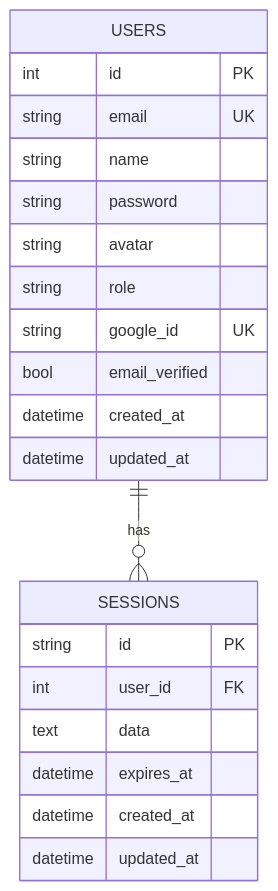
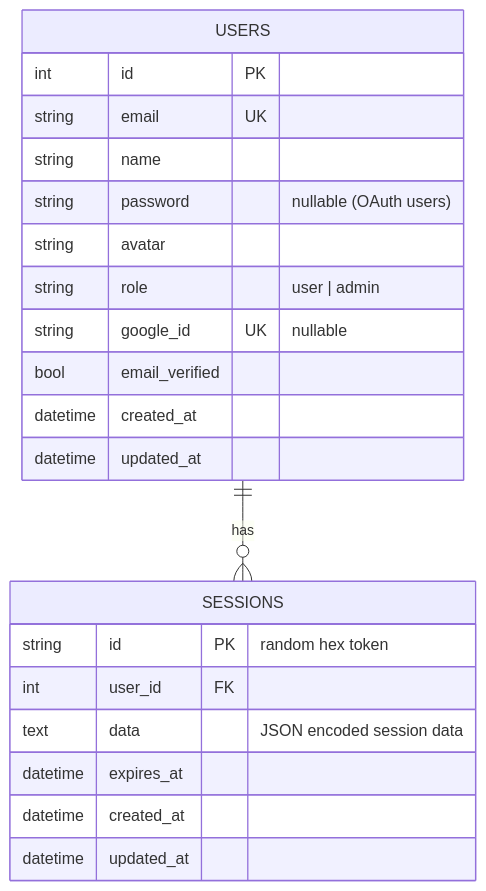
One commit to maulanashalihin/laju-go changed the diagram in docs/guide/architecture.md. Above: the diagram before and after it, drawn with Mermaid. The commit also changed other lines of this file and 4 other files, not shown here.

First line of the commit message:
docs: rewrite architecture, database, and project-structure docs to match actual codebase

````diff
--- a/docs/guide/architecture.md
+++ b/docs/guide/architecture.md
@@ -436,24 +617,24 @@
 ```mermaid
 erDiagram
     USERS ||--o{ SESSIONS : has
     USERS {
         int id PK
         string email UK
         string name
-        string password
+        string password "nullable (OAuth users)"
         string avatar
-        string role
-        string google_id UK
+        string role "user | admin"
+        string google_id UK "nullable"
         bool email_verified
         datetime created_at
         datetime updated_at
     }
     SESSIONS {
-        string id PK
+        string id PK "random hex token"
         int user_id FK
-        text data
+        text data "JSON encoded session data"
         datetime expires_at
         datetime created_at
         datetime updated_at
     }
 ```
````
